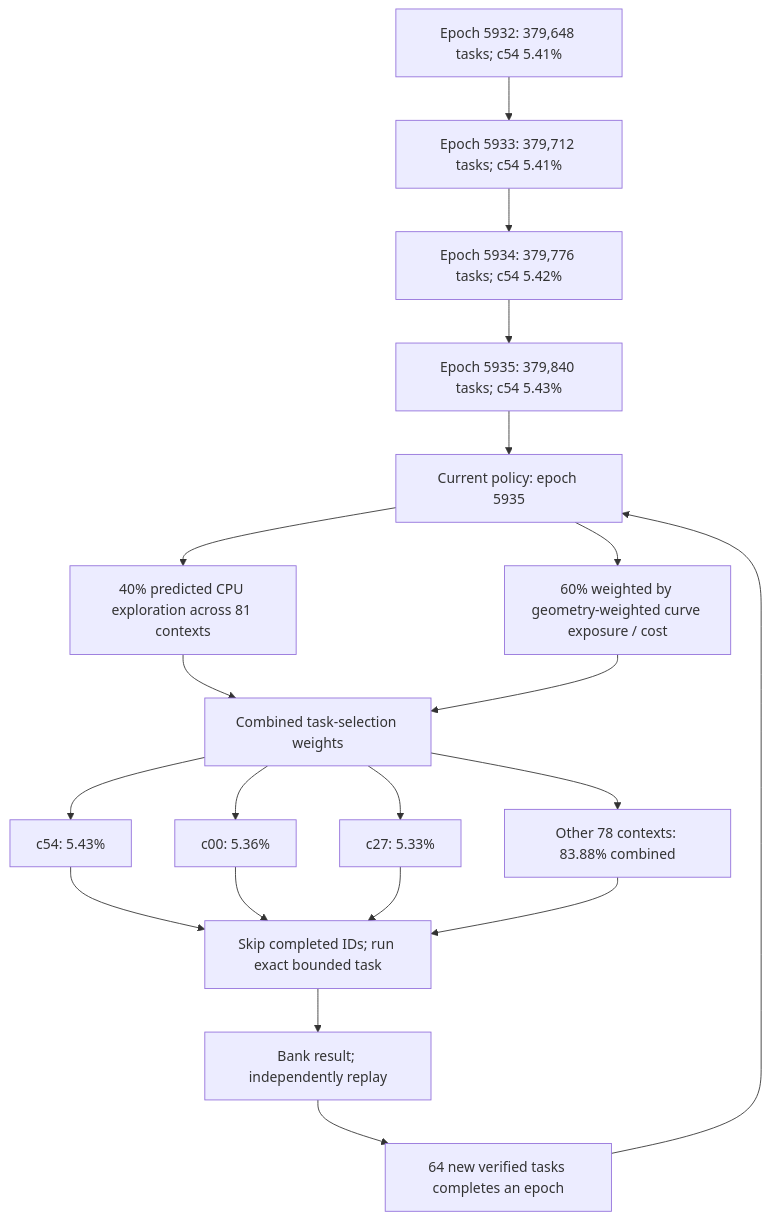
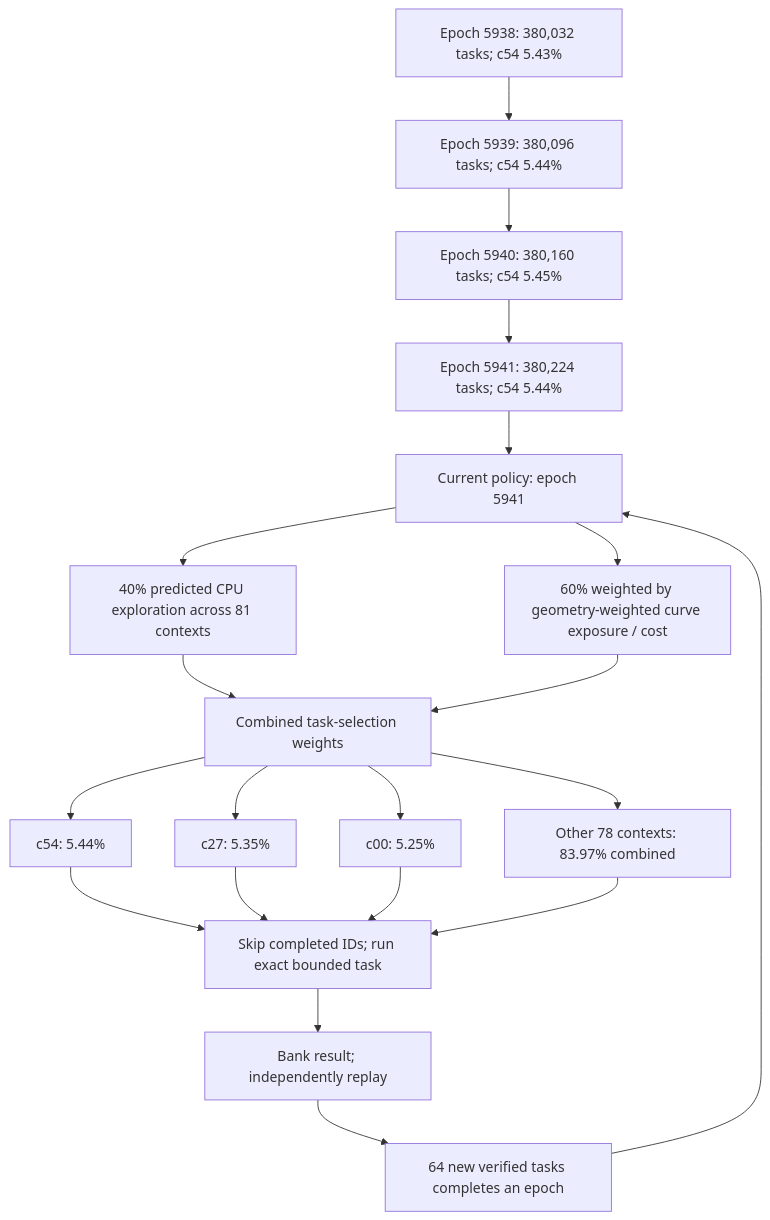
Before and after one commit to Kuberwastaken/math-gambling: the first of 3 diagrams in README.md, drawn with Mermaid. The commit also changed other lines of this file and 1881 other files, not shown here.

````diff
--- a/README.md
+++ b/README.md
@@ -60,27 +60,27 @@
 ```mermaid
 flowchart TD
-    H0["Epoch 5932: 379,648 tasks; c54 5.41%"]
-    H1["Epoch 5933: 379,712 tasks; c54 5.41%"]
+    H0["Epoch 5938: 380,032 tasks; c54 5.43%"]
+    H1["Epoch 5939: 380,096 tasks; c54 5.44%"]
     H0 --> H1
-    H2["Epoch 5934: 379,776 tasks; c54 5.42%"]
+    H2["Epoch 5940: 380,160 tasks; c54 5.45%"]
     H1 --> H2
-    H3["Epoch 5935: 379,840 tasks; c54 5.43%"]
+    H3["Epoch 5941: 380,224 tasks; c54 5.44%"]
     H2 --> H3
-    Policy["Current policy: epoch 5935"]
+    Policy["Current policy: epoch 5941"]
     H3 --> Policy
     Policy --> Explore["40% predicted CPU exploration across 81 contexts"]
     Policy --> Cost["60% weighted by geometry-weighted curve exposure / cost"]
     Explore --> Mix["Combined task-selection weights"]
     Cost --> Mix
-    Mix --> C0["c54: 5.43%"]
-    Mix --> C1["c00: 5.36%"]
-    Mix --> C2["c27: 5.33%"]
-    Mix --> Rest["Other 78 contexts: 83.88% combined"]
+    Mix --> C0["c54: 5.44%"]
+    Mix --> C1["c27: 5.35%"]
+    Mix --> C2["c00: 5.25%"]
+    Mix --> Rest["Other 78 contexts: 83.97% combined"]
     C0 --> Check["Skip completed IDs; run exact bounded task"]
     C1 --> Check
     C2 --> Check
     Rest --> Check
     Check --> Replay["Bank result; independently replay"]
     Replay --> Gate["64 new verified tasks completes an epoch"]
     Gate --> Policy
 ```
````
